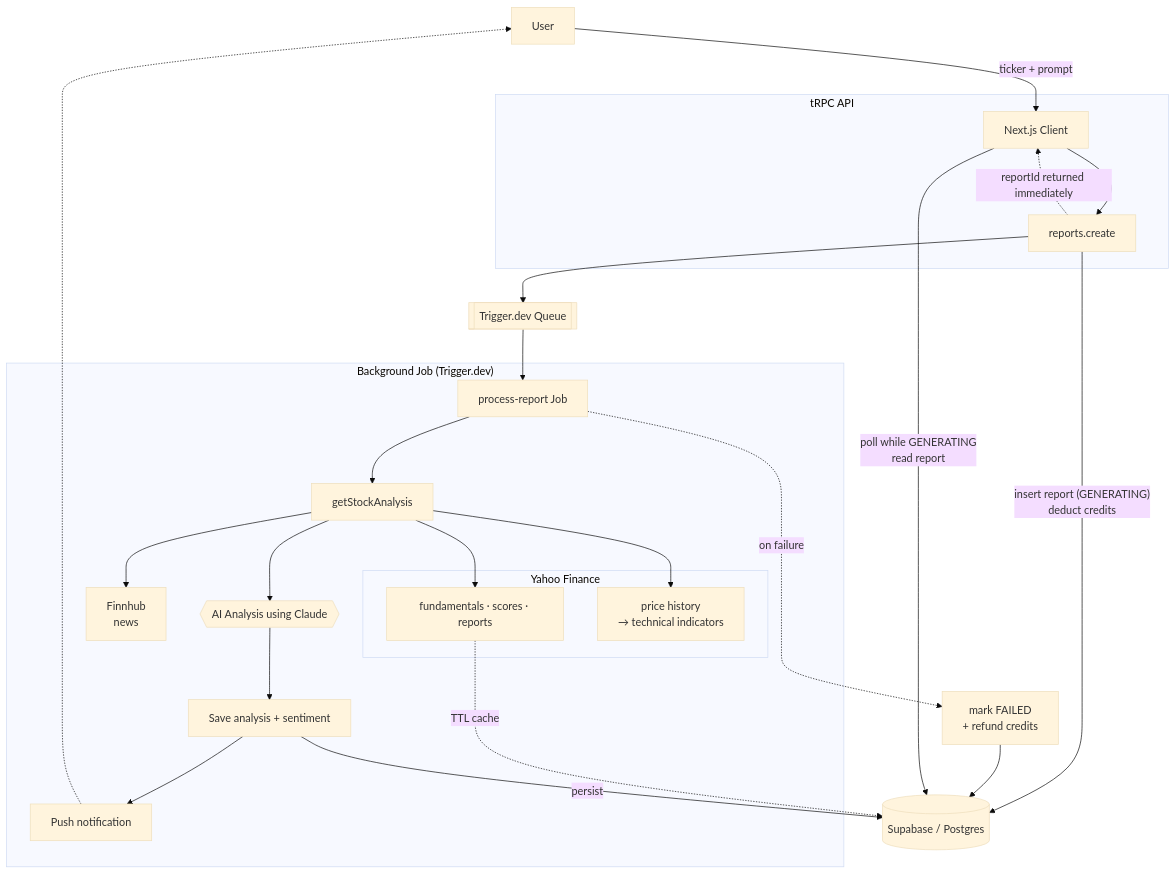
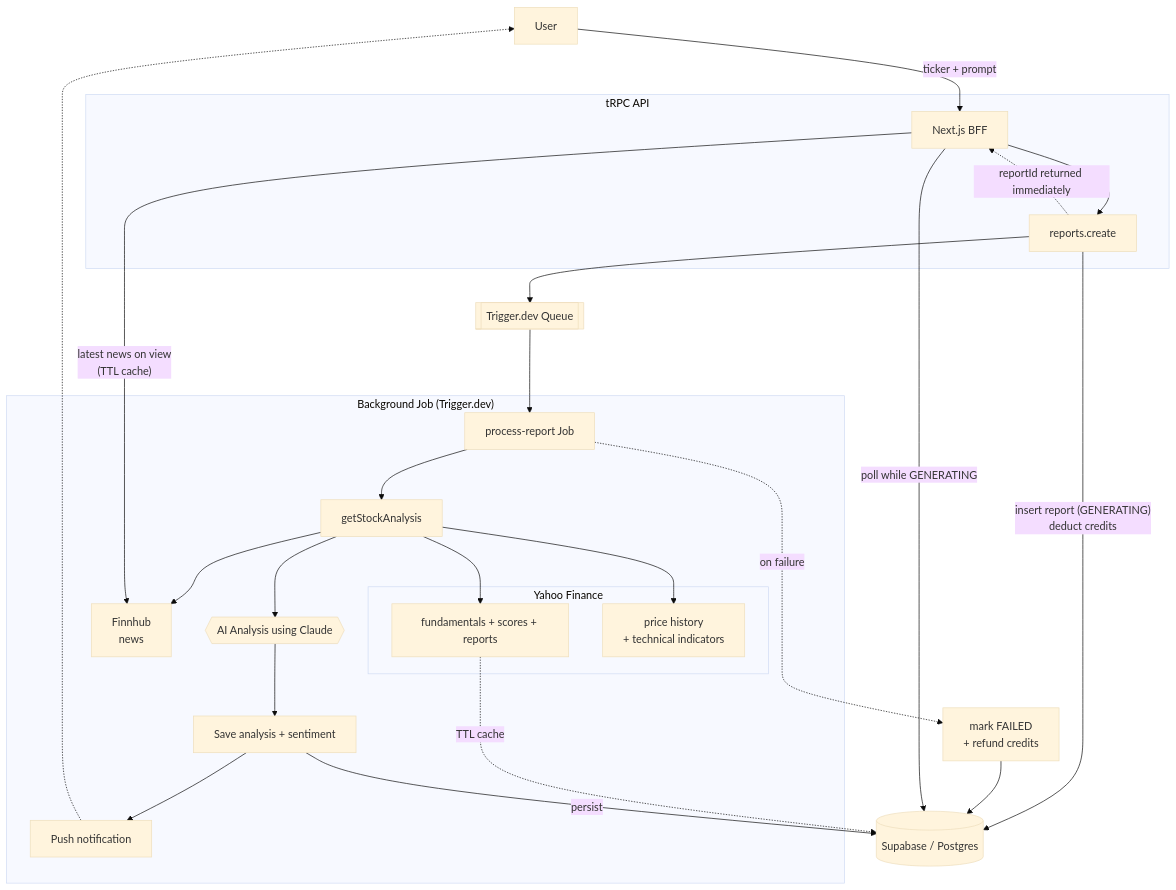
One commit to Miguelii/brew-stock-ai changed the diagram in README.md. Above: the diagram before and after it, drawn with Mermaid (base theme). The commit also changed other lines of this file, not shown here.

````diff
--- a/README.md
+++ b/README.md
@@ -31,41 +31,42 @@
 ```mermaid
 flowchart TD
-    U["User"] -->|"ticker + prompt"| UI["Next.js Client"]
+    U["User"] -->|"ticker + prompt"| UI["Next.js BFF"]
 
     subgraph API["tRPC API"]
         UI --> CR["reports.create"]
     end
 
     PG[("Supabase / Postgres")]
     TQ[["Trigger.dev Queue"]]
 
     CR -->|"insert report (GENERATING)\ndeduct credits"| PG
     CR --> TQ
     CR -.->|"reportId returned immediately"| UI
 
     subgraph BG["Background Job (Trigger.dev)"]
         JOB["process-report Job"] --> ANALYSIS["getStockAnalysis"]
 
         subgraph YF["Yahoo Finance"]
-            YAHOO["fundamentals · scores · reports"]
-            PRICE["price history\n→ technical indicators"]
+            YAHOO["fundamentals + scores + reports"]
+            PRICE["price history\n+ technical indicators"]
         end
 
         ANALYSIS --> YAHOO
         ANALYSIS --> PRICE
         ANALYSIS --> FINNHUB["Finnhub\nnews"]
 
         ANALYSIS --> AI{{"AI Analysis using Claude"}}
         AI --> SAVE["Save analysis + sentiment"]
         SAVE --> PUSH["Push notification"]
     end
 
     TQ --> JOB
     JOB -.->|"on failure"| FAIL["mark FAILED\n+ refund credits"]
     FAIL --> PG
     YAHOO -.->|"TTL cache"| PG
     SAVE -->|"persist"| PG
 
     PUSH -.-> U
-    UI -->|"poll while GENERATING\nread report"| PG
+    UI -->|"poll while GENERATING\n"| PG
+    UI -->|"latest news on view\n(TTL cache)"| FINNHUB
 ```
````
